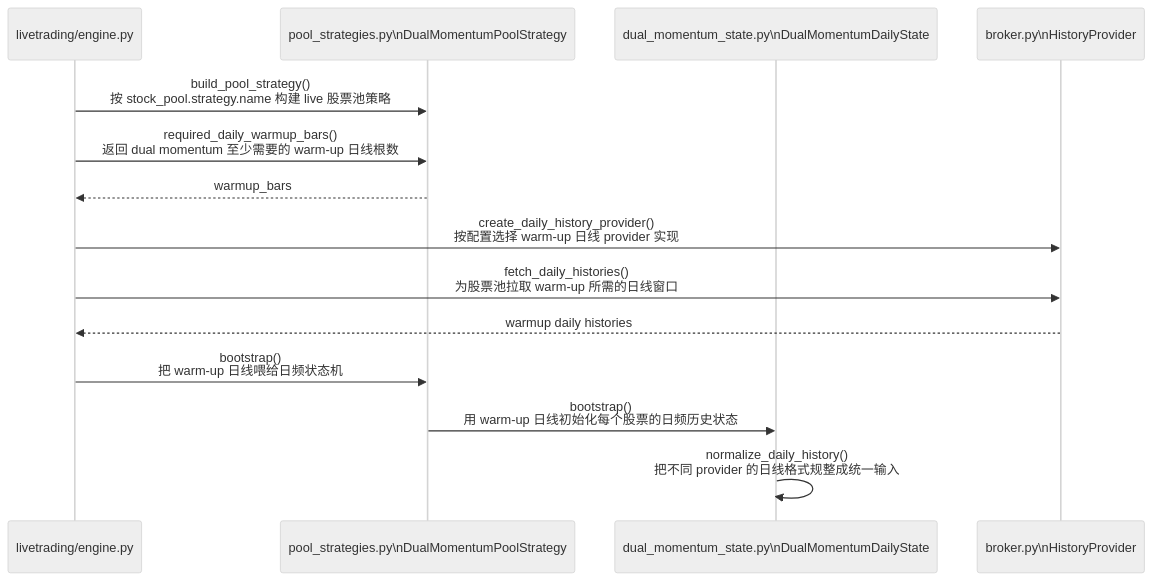
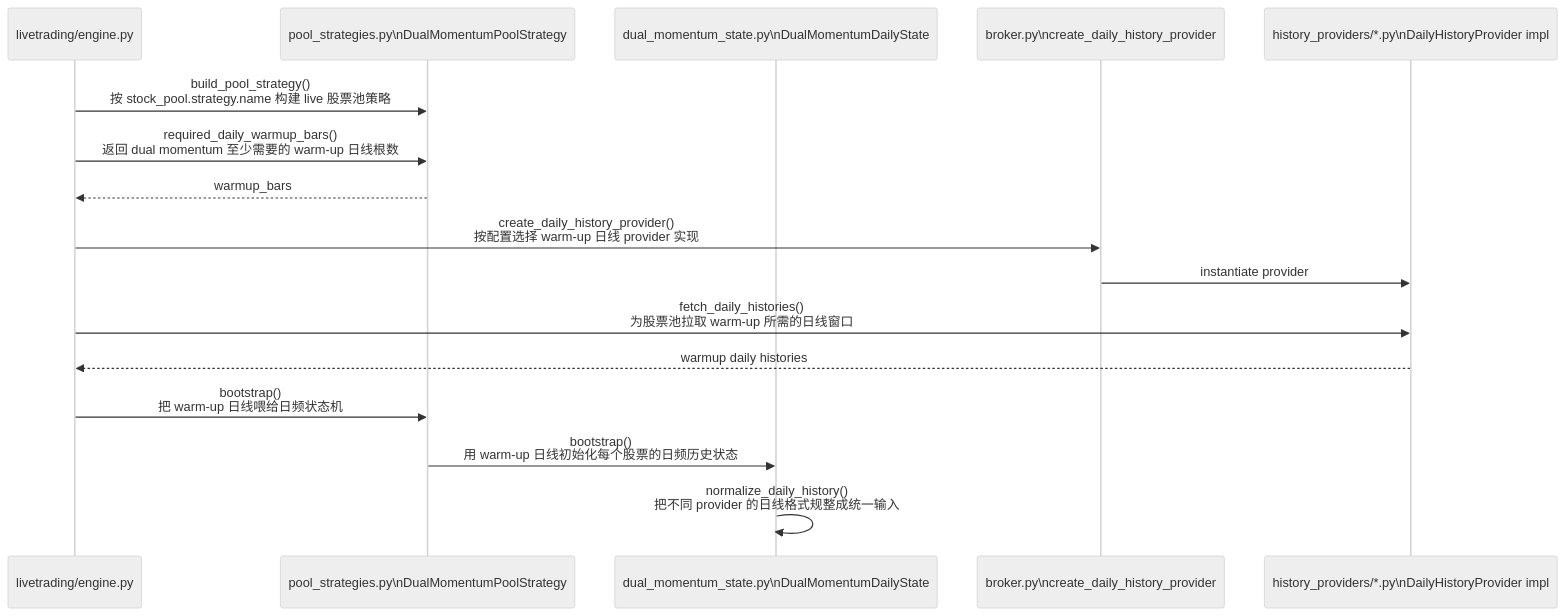
The second of 7 diagrams in docs/README_livetrading_sequence.md (hangchow/backtest), drawn with Mermaid (neutral theme) before and after one commit. The commit also changed other lines of this file and 18 other files, not shown here.

````diff
--- a/docs/README_livetrading_sequence.md
+++ b/docs/README_livetrading_sequence.md
@@ -90,19 +103,21 @@
 ```mermaid
 sequenceDiagram
     participant ENG as livetrading/engine.py
     participant PLS as pool_strategies.py\nDualMomentumPoolStrategy
     participant STATE as dual_momentum_state.py\nDualMomentumDailyState
-    participant HB as broker.py\nHistoryProvider
+    participant HFAC as broker.py\ncreate_daily_history_provider
+    participant HB as history_providers/*.py\nDailyHistoryProvider impl
 
     ENG->>PLS: build_pool_strategy()<br/>按 stock_pool.strategy.name 构建 live 股票池策略
     ENG->>PLS: required_daily_warmup_bars()<br/>返回 dual momentum 至少需要的 warm-up 日线根数
     PLS-->>ENG: warmup_bars
 
-    ENG->>HB: create_daily_history_provider()<br/>按配置选择 warm-up 日线 provider 实现
+    ENG->>HFAC: create_daily_history_provider()<br/>按配置选择 warm-up 日线 provider 实现
+    HFAC->>HB: instantiate provider
     ENG->>HB: fetch_daily_histories()<br/>为股票池拉取 warm-up 所需的日线窗口
     HB-->>ENG: warmup daily histories
 
     ENG->>PLS: bootstrap()<br/>把 warm-up 日线喂给日频状态机
     PLS->>STATE: bootstrap()<br/>用 warm-up 日线初始化每个股票的日频历史状态
     STATE->>STATE: normalize_daily_history()<br/>把不同 provider 的日线格式规整成统一输入
 ```
````
